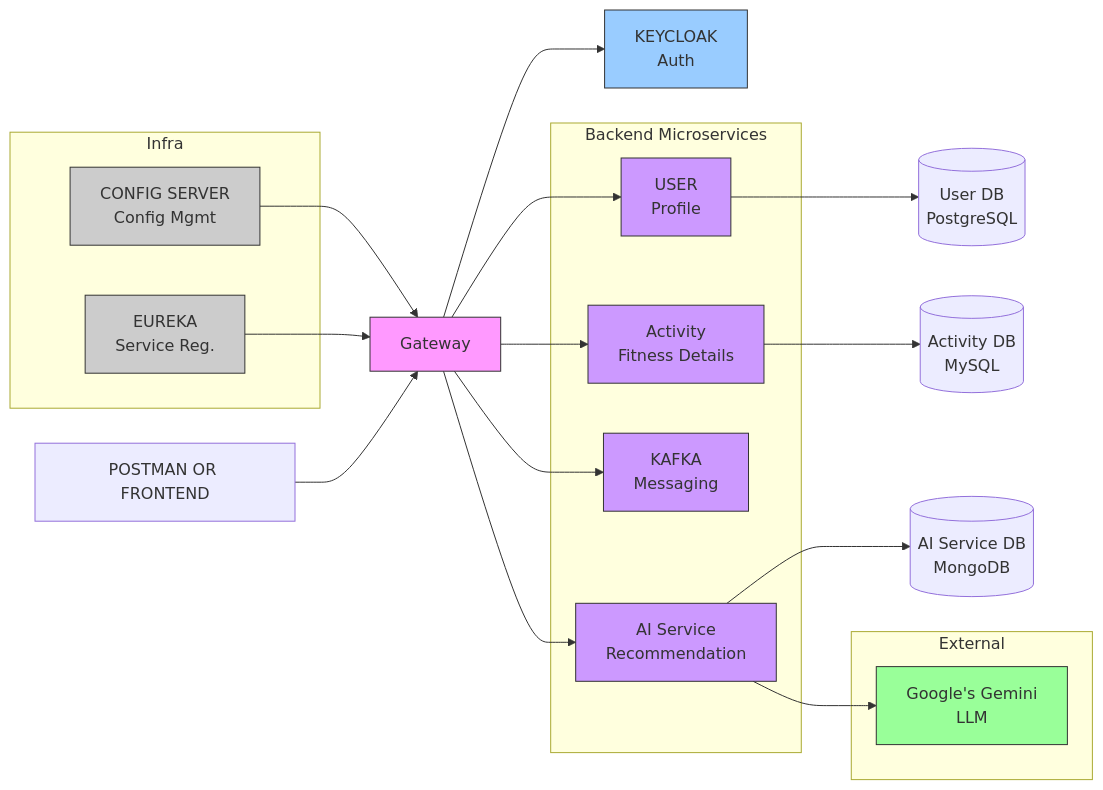
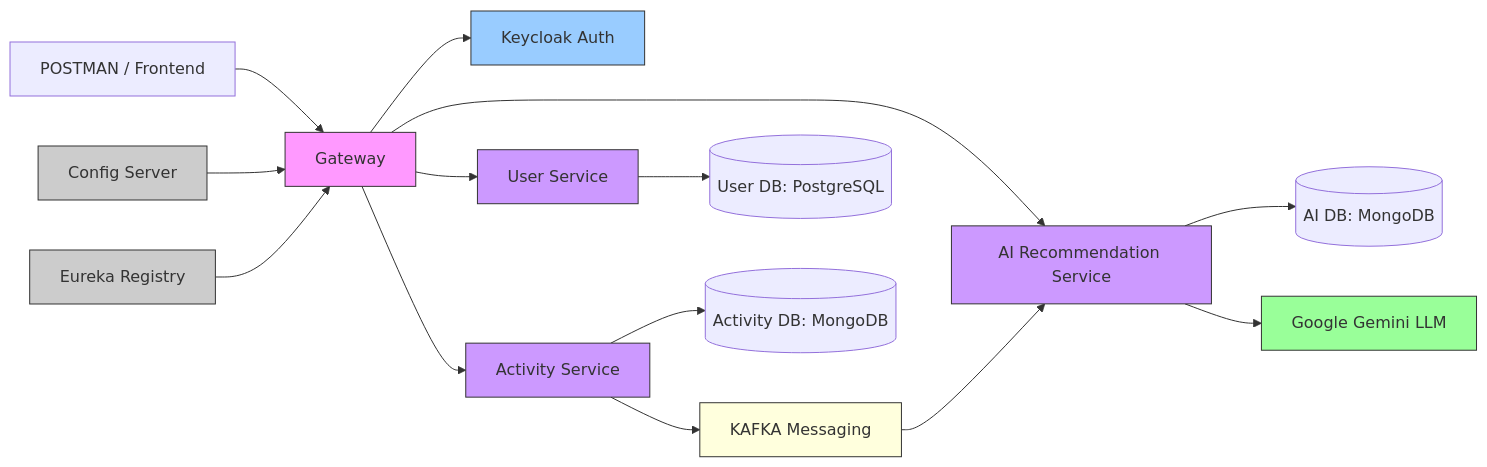
The diagram in README.md (SwarnadeepGhosh/ai-fitness-app), drawn with Mermaid before and after one commit. The commit also changed other lines of this file and 4 other files, not shown here.

````diff
--- a/README.md
+++ b/README.md
@@ -60,44 +64,38 @@
 ```mermaid
 flowchart LR
-    A[POSTMAN OR FRONTEND] --> B[Gateway]
-    B --> C[KEYCLOAK<br/>Auth]
-    B --> D[USER<br/>Profile]
-    B --> E[Activity<br/>Fitness Details]
-    B --> F[KAFKA<br/>Messaging]
-    B --> G[AI Service<br/>Recommendation]
-    
-    D --> DDB[(User DB<br/>PostgreSQL)]
-    E --> EDB[(Activity DB<br/>MySQL)]
-    G --> GDB[(AI Service DB<br/>MongoDB)]
-    
-    G --> H[Google's Gemini<br/>LLM]
-    
-    I[CONFIG SERVER<br/>Config Mgmt] --> B
-    J[EUREKA<br/>Service Reg.] --> B
-    
-    subgraph Backend Microservices
-        D
-        E
-        F
-        G
-    end
-    
-    subgraph Infra
-        I
-        J
-    end
-    
-    subgraph External
-        H
-    end
-    
+    A[POSTMAN / Frontend] --> B[Gateway]
+
+    %% Core services
+    B --> C[Keycloak Auth]
+    B --> D[User Service]
+    B --> E[Activity Service]
+    B --> G[AI Recommendation Service]
+
+    %% Kafka as async bridge
+    E --> F[KAFKA Messaging]
+    F --> G
+
+    %% Databases
+    D --> DDB[(User DB: PostgreSQL)]
+    E --> EDB[(Activity DB: MongoDB)]
+    G --> GDB[(AI DB: MongoDB)]
+
+    %% External integration
+    G --> H[Google Gemini LLM]
+
+    %% Infra
+    I[Config Server] --> B
+    J[Eureka Registry] --> B
+
+    %% Styling for clarity
     style B fill:#f9f,stroke:#333,stroke-width:1px
     style C fill:#9cf,stroke:#333,stroke-width:1px
     style D fill:#c9f,stroke:#333,stroke-width:1px
     style E fill:#c9f,stroke:#333,stroke-width:1px
-    style F fill:#c9f,stroke:#333,stroke-width:1px
+    style F fill:#ffd,stroke:#333,stroke-width:1px
     style G fill:#c9f,stroke:#333,stroke-width:1px
     style H fill:#9f9,stroke:#333,stroke-width:1px
     style I fill:#ccc,stroke:#333,stroke-width:1px
     style J fill:#ccc,stroke:#333,stroke-width:1px
+
 ```
````
